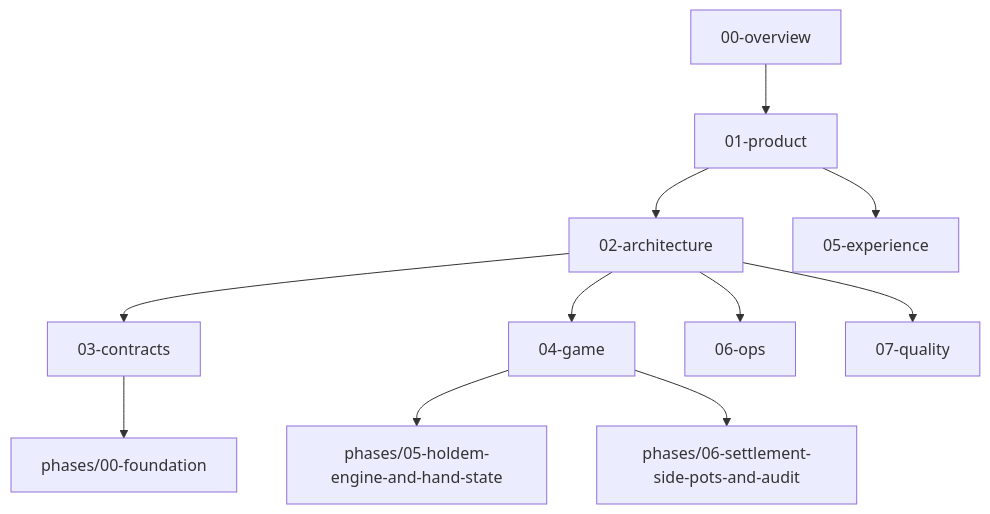
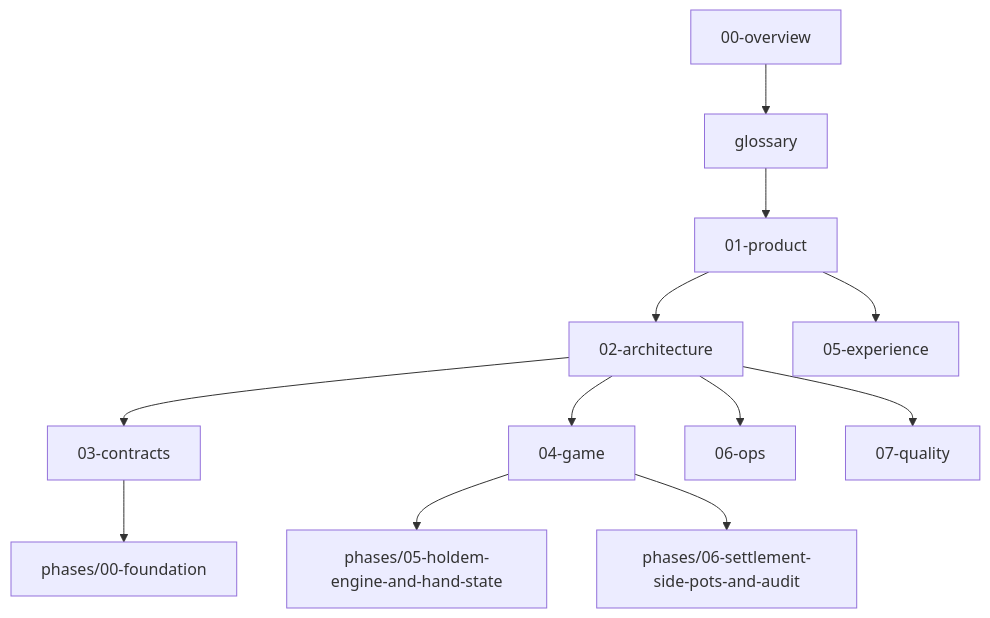
One commit to tyagishubham177/PotLuck changed the diagram in docs/README.md. Above: the diagram before and after it, drawn with Mermaid. The commit also changed other lines of this file and 36 other files, not shown here.

````diff
--- a/docs/README.md
+++ b/docs/README.md
@@ -28,13 +29,14 @@
 ```mermaid
 flowchart TD
-  A["00-overview"] --> B["01-product"]
-  B --> C["02-architecture"]
-  C --> D["03-contracts"]
-  C --> E["04-game"]
-  B --> F["05-experience"]
-  C --> G["06-ops"]
-  C --> H["07-quality"]
-  D --> I["phases/00-foundation"]
-  E --> J["phases/05-holdem-engine-and-hand-state"]
-  E --> K["phases/06-settlement-side-pots-and-audit"]
+  A["00-overview"] --> B["glossary"]
+  B --> C["01-product"]
+  C --> D["02-architecture"]
+  D --> E["03-contracts"]
+  D --> F["04-game"]
+  C --> G["05-experience"]
+  D --> H["06-ops"]
+  D --> I["07-quality"]
+  E --> J["phases/00-foundation"]
+  F --> K["phases/05-holdem-engine-and-hand-state"]
+  F --> L["phases/06-settlement-side-pots-and-audit"]
 ```
````
